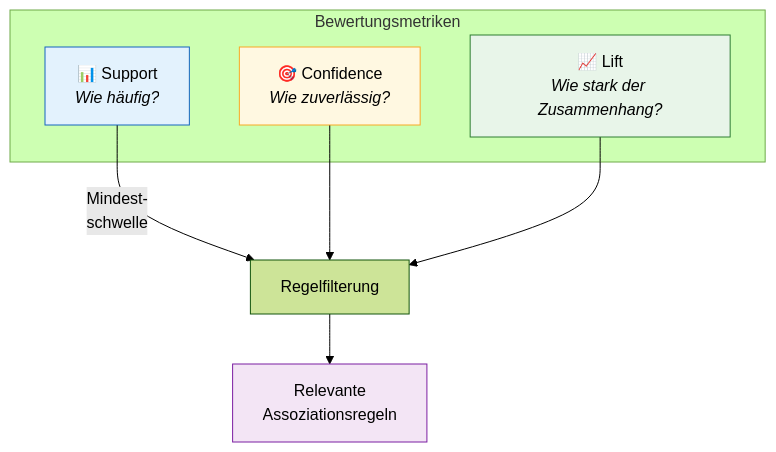
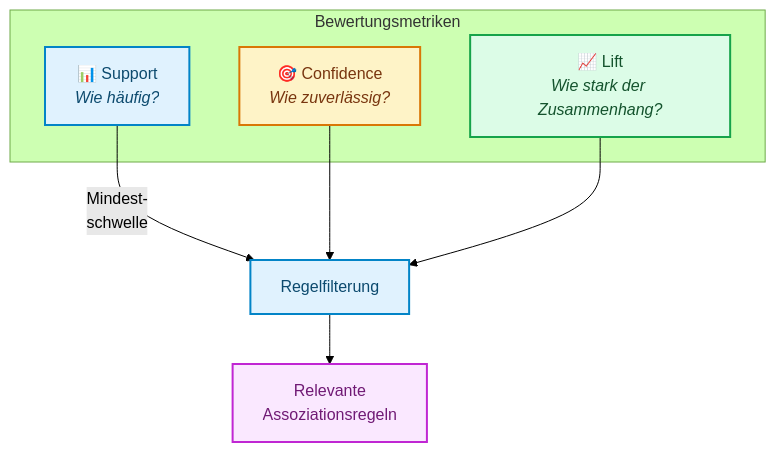
Before and after one commit to ralf-42/ML_Intro: the third of 5 diagrams in docs/concepts/modeling/apriori.md, drawn with Mermaid (forest theme). The commit also changed other lines of this file and 67 other files, not shown here.

````diff
--- a/docs/concepts/modeling/apriori.md
+++ b/docs/concepts/modeling/apriori.md
@@ -107,18 +110,21 @@
 ```mermaid
 flowchart TB
     subgraph Metriken["Bewertungsmetriken"]
         S["📊 Support<br><i>Wie häufig?</i>"]
         C["🎯 Confidence<br><i>Wie zuverlässig?</i>"]
         L["📈 Lift<br><i>Wie stark der Zusammenhang?</i>"]
     end
     
     S --> |"Mindest-<br>schwelle"| Filter["Regelfilterung"]
     C --> Filter
     L --> Filter
     Filter --> Result["Relevante<br>Assoziationsregeln"]
-    
-    style S fill:#e3f2fd,stroke:#1565c0
-    style C fill:#fff8e1,stroke:#f9a825
-    style L fill:#e8f5e9,stroke:#2e7d32
-    style Result fill:#f3e5f5,stroke:#7b1fa2
+
+    classDef default fill:#e0f2fe,stroke:#0284c7,stroke-width:2px,color:#0c4a6e;
+    classDef metric fill:#fef3c7,stroke:#d97706,stroke-width:2px,color:#78350f;
+    classDef output fill:#dcfce7,stroke:#16a34a,stroke-width:2px,color:#14532d;
+    classDef target fill:#fae8ff,stroke:#c026d3,stroke-width:2px,color:#701a75;
+    class C metric;
+    class L output;
+    class Result target;
 ```
````
